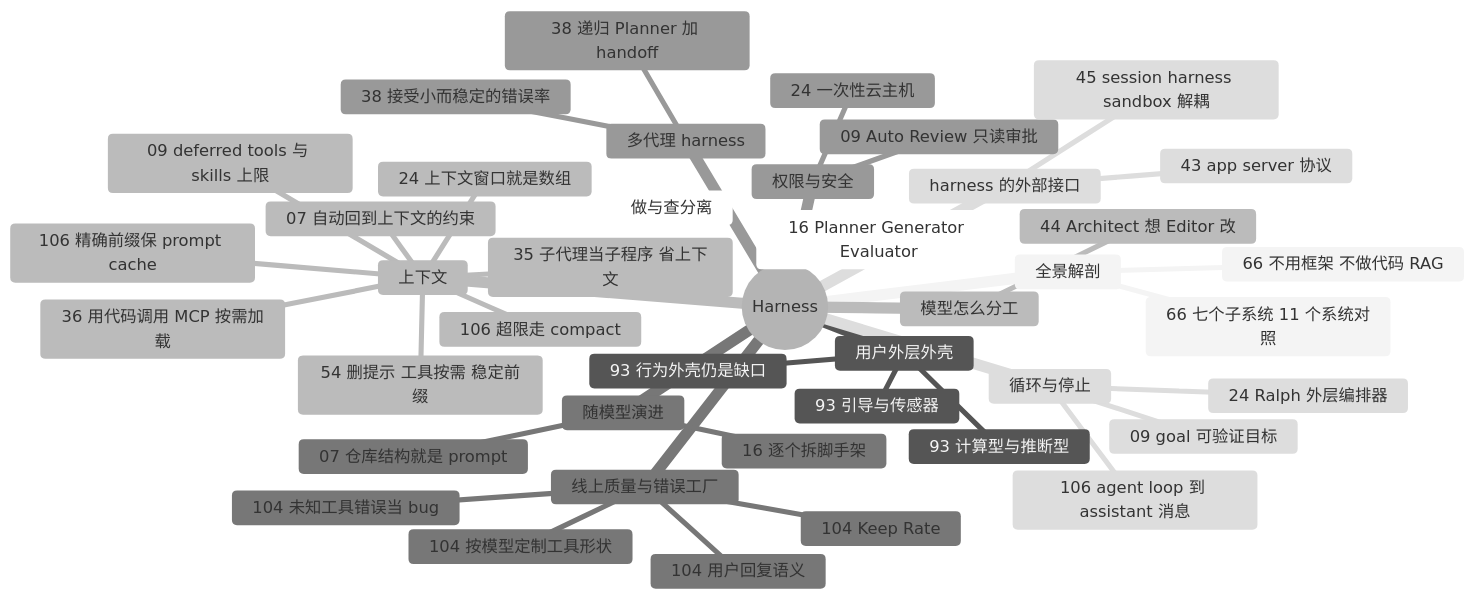
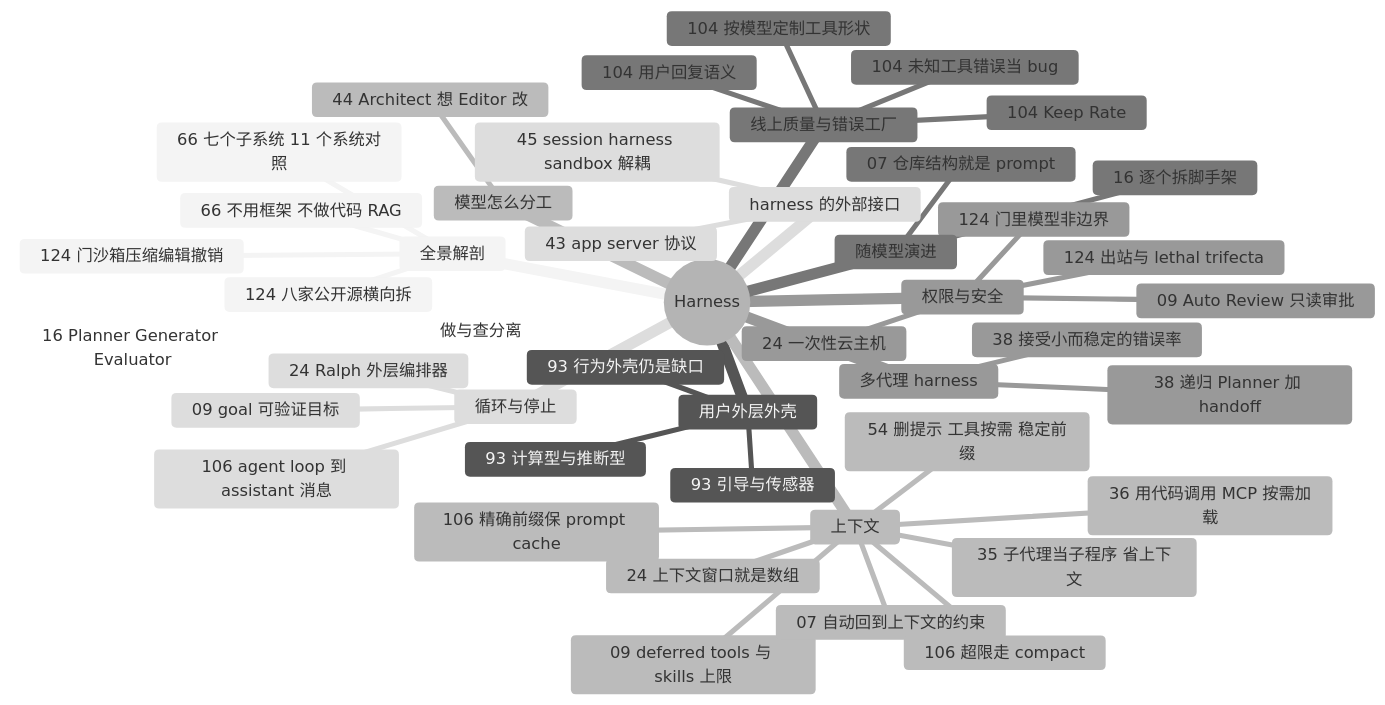
The diagram in docs/guide/harness.md (yzw7489757/ai-coding-videos), drawn with Mermaid (neutral theme) before and after one commit. The commit also changed other lines of this file and 16 other files, not shown here.

````diff
--- a/docs/guide/harness.md
+++ b/docs/guide/harness.md
@@ -13,45 +13,49 @@
 ```mermaid
 mindmap
   root((Harness))
     全景解剖
+      124 八家公开源横向拆
+      124 门沙箱压缩编辑撤销
       66 七个子系统 11 个系统对照
       66 不用框架 不做代码 RAG
     用户外层外壳
       93 引导与传感器
       93 计算型与推断型
       93 行为外壳仍是缺口
     上下文
       09 deferred tools 与 skills 上限
       24 上下文窗口就是数组
       07 自动回到上下文的约束
       35 子代理当子程序 省上下文
       36 用代码调用 MCP 按需加载
       54 删提示 工具按需 稳定前缀
       106 精确前缀保 prompt cache
       106 超限走 compact
     线上质量与错误工厂
       104 Keep Rate
       104 用户回复语义
       104 未知工具错误当 bug
       104 按模型定制工具形状
     权限与安全
+      124 门里模型非边界
+      124 出站与 lethal trifecta
       09 Auto Review 只读审批
       24 一次性云主机
     循环与停止
       09 goal 可验证目标
       24 Ralph 外层编排器
       106 agent loop 到 assistant 消息
     做与查分离
       16 Planner Generator Evaluator
     harness 的外部接口
       43 app server 协议
       45 session harness sandbox 解耦
     模型怎么分工
       44 Architect 想 Editor 改
     多代理 harness
       38 递归 Planner 加 handoff
       38 接受小而稳定的错误率
     随模型演进
       16 逐个拆脚手架
       07 仓库结构就是 prompt
 ```
````
